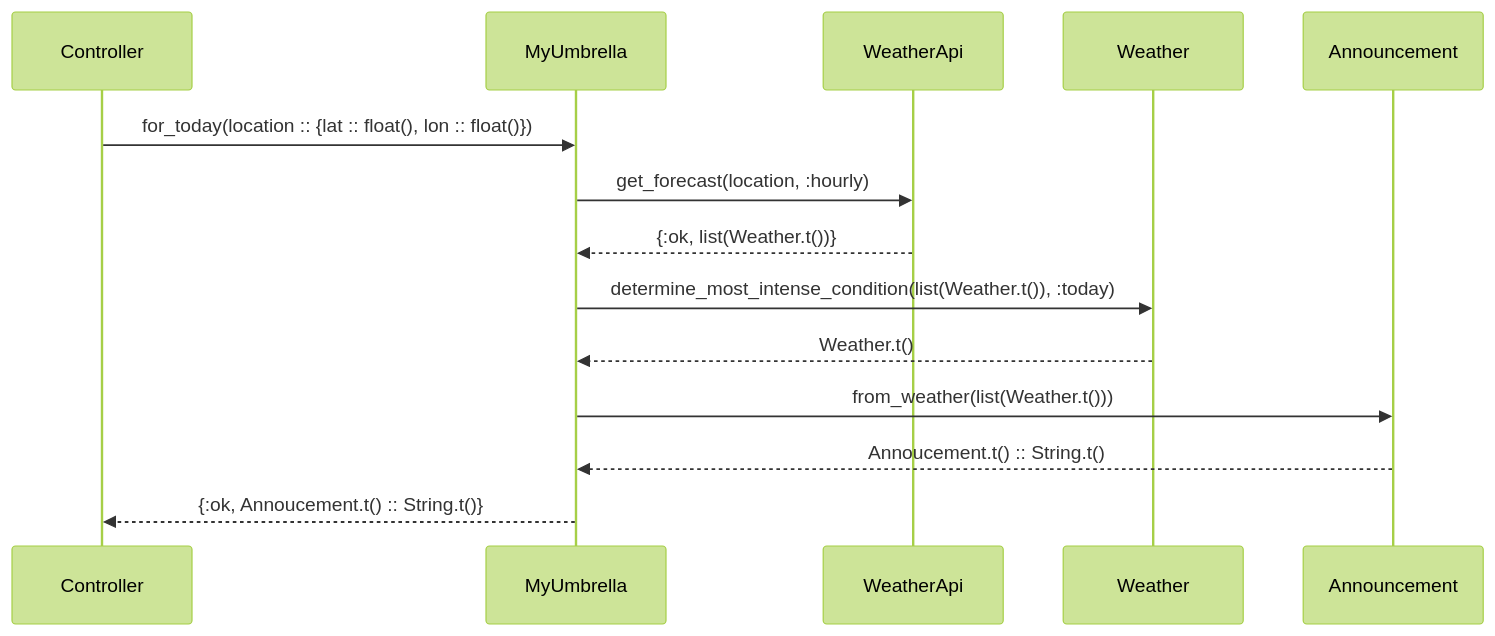
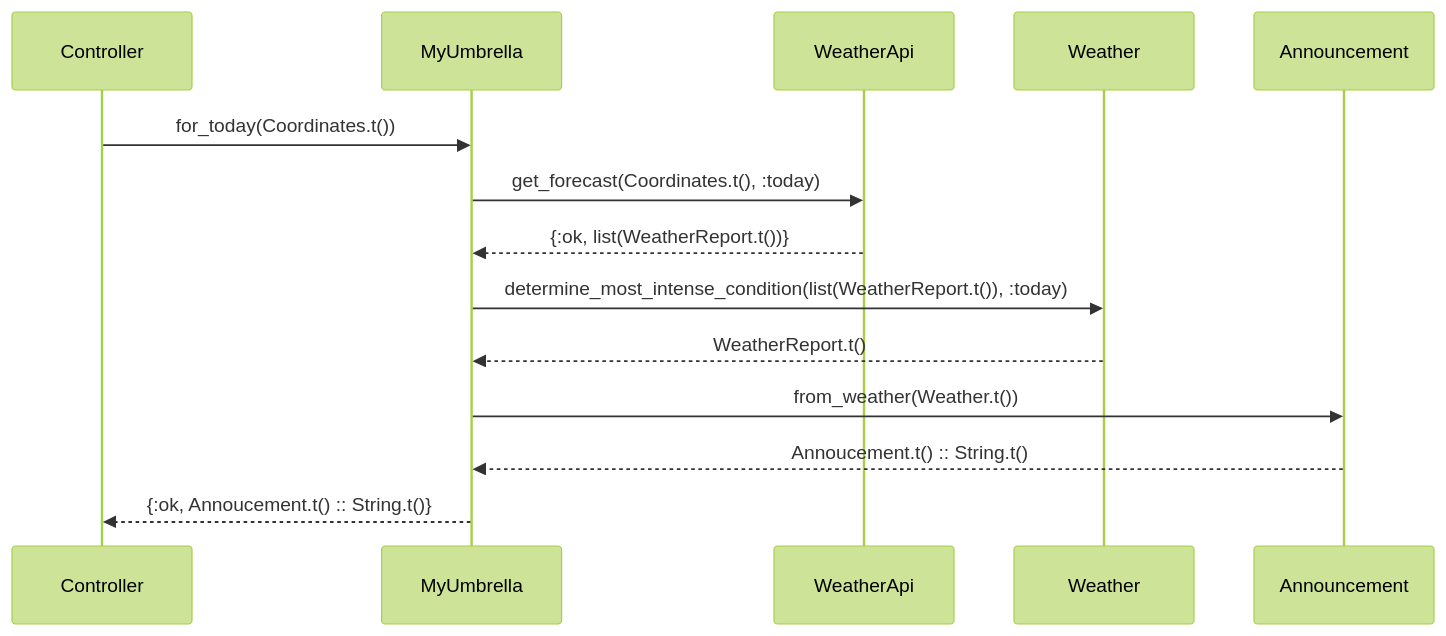
Before and after one commit to nicholasjhenry/my-umbrella: the diagram in README.md, drawn with Mermaid (forest theme).

Commit message:
Update sequence diagram

````diff
--- a/README.md
+++ b/README.md
@@ -23,11 +23,11 @@
 ```mermaid
 sequenceDiagram
-    Controller->>MyUmbrella: for_today(location :: {lat :: float(), lon :: float()})
-    MyUmbrella->>WeatherApi: get_forecast(location, :hourly)
-    WeatherApi-->>MyUmbrella: {:ok, list(Weather.t())}
-    MyUmbrella->>Weather: determine_most_intense_condition(list(Weather.t()), :today)
-    Weather-->>MyUmbrella: Weather.t()
-    MyUmbrella->>Announcement: from_weather(list(Weather.t()))
+    Controller->>MyUmbrella: for_today(Coordinates.t())
+    MyUmbrella->>WeatherApi: get_forecast(Coordinates.t(), :today)
+    WeatherApi-->>MyUmbrella: {:ok, list(WeatherReport.t())}
+    MyUmbrella->>Weather: determine_most_intense_condition(list(WeatherReport.t()), :today)
+    Weather-->>MyUmbrella: WeatherReport.t()
+    MyUmbrella->>Announcement: from_weather(Weather.t())
     Announcement-->>MyUmbrella: Annoucement.t() :: String.t()
     MyUmbrella-->>Controller: {:ok, Annoucement.t() :: String.t()}
 ```
````
